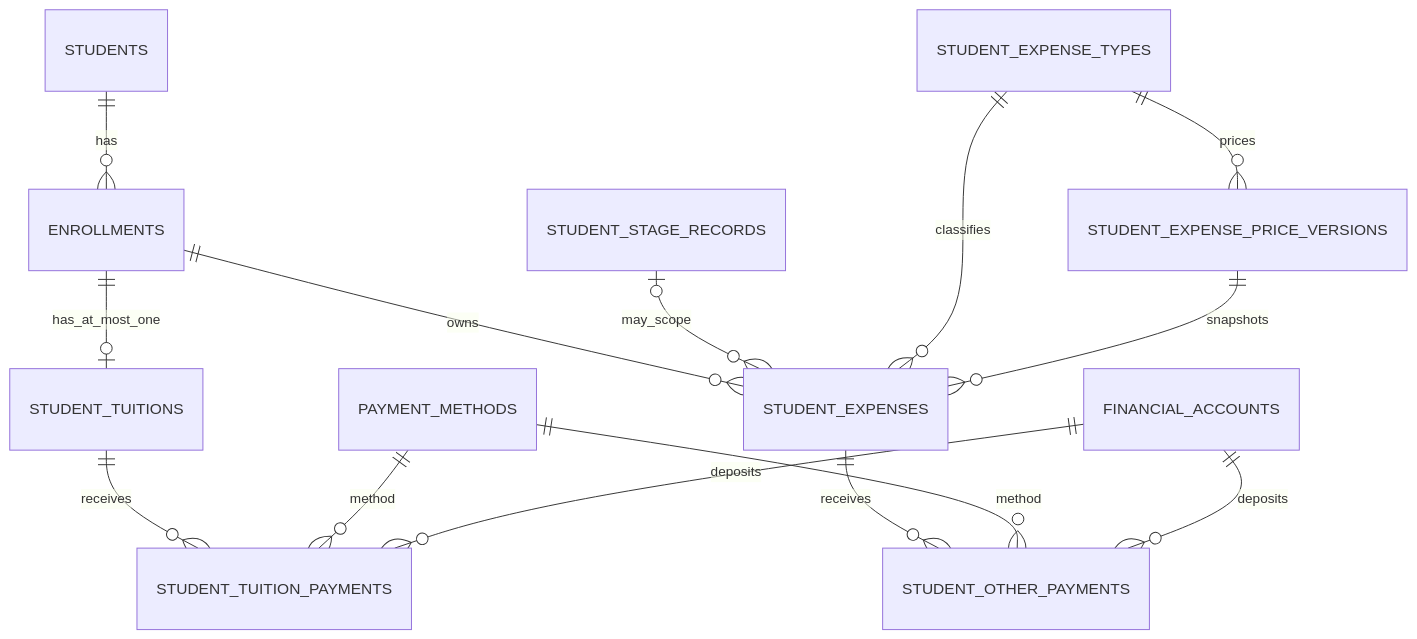
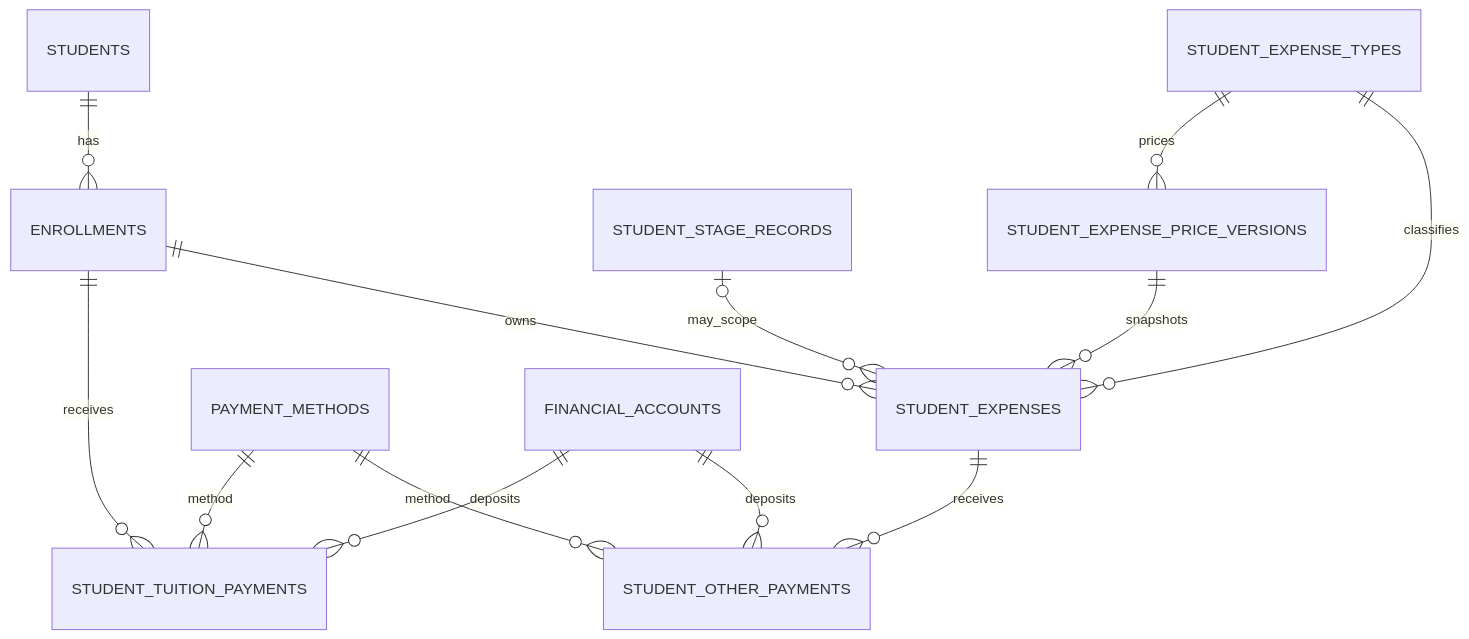
The diagram in cmud-system/docs/features/Finance/FIN-001.md (ariful-TheJedi/cmud-system), drawn with Mermaid before and after one commit. The commit also changed other lines of this file and 47 other files, not shown here.

````diff
--- a/cmud-system/docs/features/Finance/FIN-001.md
+++ b/cmud-system/docs/features/Finance/FIN-001.md
@@ -15,16 +15,15 @@
 ```mermaid
 erDiagram
     STUDENTS ||--o{ ENROLLMENTS : has
-    ENROLLMENTS ||--o| STUDENT_TUITIONS : has_at_most_one
-    STUDENT_TUITIONS ||--o{ STUDENT_TUITION_PAYMENTS : receives
+    ENROLLMENTS ||--o{ STUDENT_TUITION_PAYMENTS : receives
     ENROLLMENTS ||--o{ STUDENT_EXPENSES : owns
     STUDENT_STAGE_RECORDS o|--o{ STUDENT_EXPENSES : may_scope
     STUDENT_EXPENSE_TYPES ||--o{ STUDENT_EXPENSE_PRICE_VERSIONS : prices
     STUDENT_EXPENSE_TYPES ||--o{ STUDENT_EXPENSES : classifies
     STUDENT_EXPENSE_PRICE_VERSIONS ||--o{ STUDENT_EXPENSES : snapshots
     STUDENT_EXPENSES ||--o{ STUDENT_OTHER_PAYMENTS : receives
     PAYMENT_METHODS ||--o{ STUDENT_TUITION_PAYMENTS : method
     PAYMENT_METHODS ||--o{ STUDENT_OTHER_PAYMENTS : method
     FINANCIAL_ACCOUNTS ||--o{ STUDENT_TUITION_PAYMENTS : deposits
     FINANCIAL_ACCOUNTS ||--o{ STUDENT_OTHER_PAYMENTS : deposits
 ```
````
